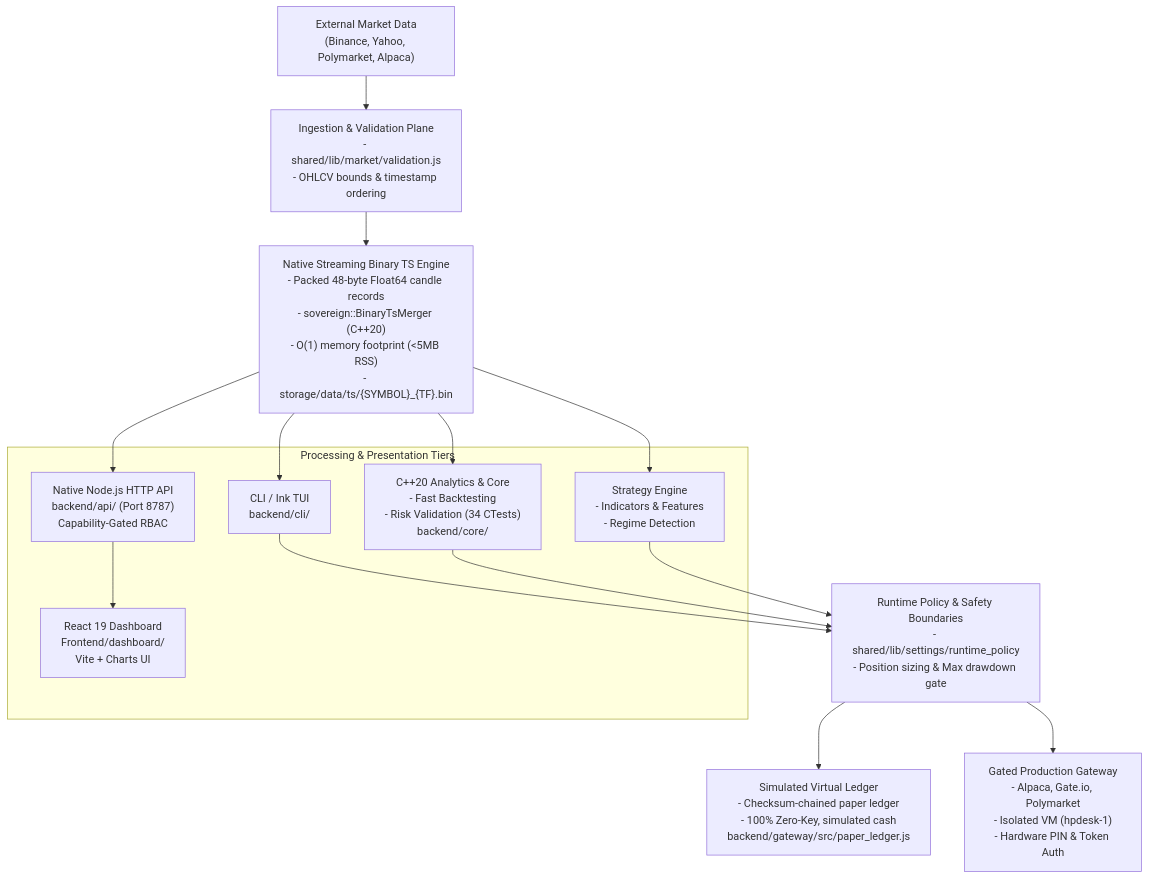
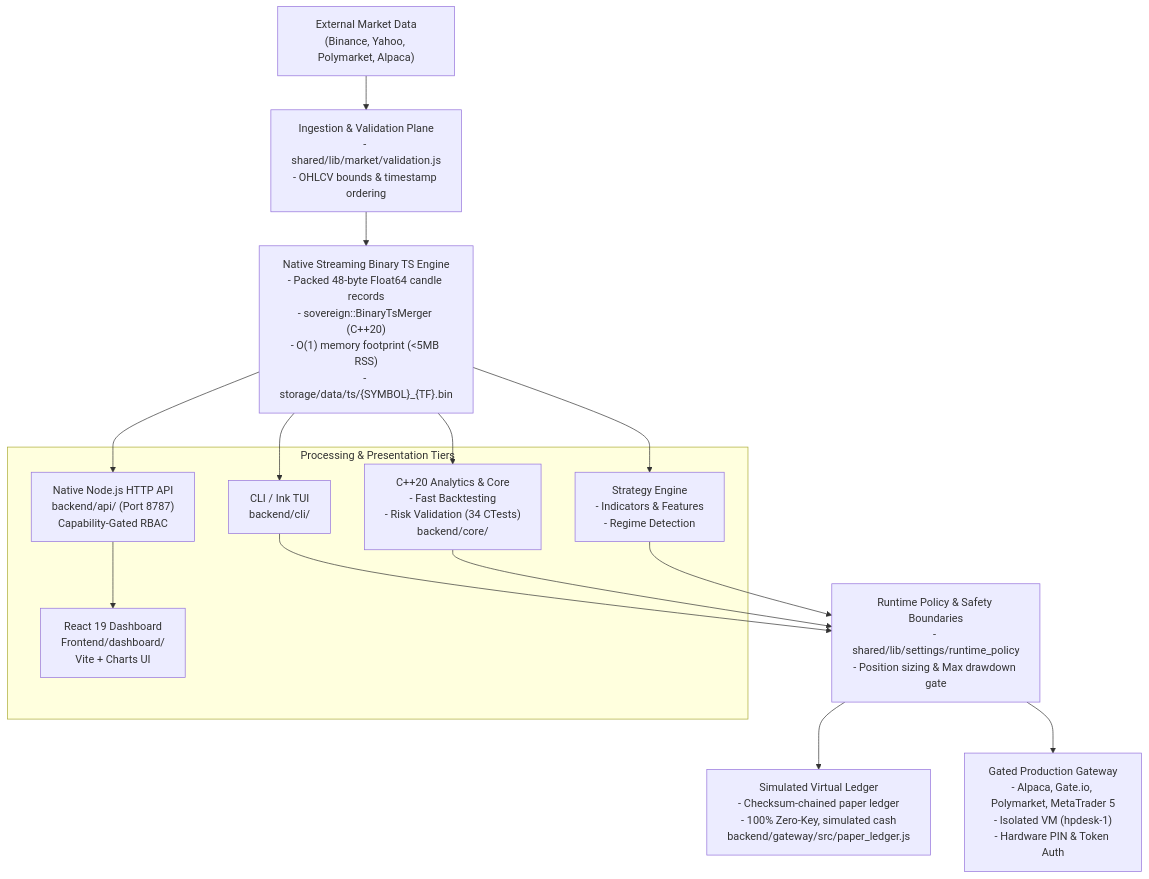
One commit to vgbn2/personal_finance_draft changed the diagram in README.md. Above: the diagram before and after it, drawn with Mermaid. The commit also changed other lines of this file and 16 other files, not shown here.

````diff
--- a/README.md
+++ b/README.md
@@ -11,34 +11,34 @@
 ```mermaid
 flowchart TD
     EXT["External Market Data<br/>(Binance, Yahoo, Polymarket, Alpaca)"]
     INGEST["Ingestion & Validation Plane<br/>- shared/lib/market/validation.js<br/>- OHLCV bounds & timestamp ordering"]
     TS["Native Streaming Binary TS Engine<br/>- Packed 48-byte Float64 candle records<br/>- sovereign::BinaryTsMerger (C++20)<br/>- O(1) memory footprint (<5MB RSS)<br/>- storage/data/ts/{SYMBOL}_{TF}.bin"]
 
     EXT --> INGEST
     INGEST --> TS
 
     subgraph CoreTiers["Processing & Presentation Tiers"]
         CLI["CLI / Ink TUI<br/>backend/cli/"]
         API["Native Node.js HTTP API<br/>backend/api/ (Port 8787)<br/>Capability-Gated RBAC"]
         DASH["React 19 Dashboard<br/>Frontend/dashboard/<br/>Vite + Charts UI"]
         CPP["C++20 Analytics & Core<br/>- Fast Backtesting<br/>- Risk Validation (34 CTests)<br/>backend/core/"]
         STRAT["Strategy Engine<br/>- Indicators & Features<br/>- Regime Detection"]
     end
 
     TS --> CLI
     TS --> API
     TS --> CPP
     TS --> STRAT
     API --> DASH
 
     POLICY["Runtime Policy & Safety Boundaries<br/>- shared/lib/settings/runtime_policy<br/>- Position sizing & Max drawdown gate"]
     CLI --> POLICY
     CPP --> POLICY
     STRAT --> POLICY
 
     PAPER["Simulated Virtual Ledger<br/>- Checksum-chained paper ledger<br/>- 100% Zero-Key, simulated cash<br/>backend/gateway/src/paper_ledger.js"]
-    GATEWAY["Gated Production Gateway<br/>- Alpaca, Gate.io, Polymarket<br/>- Isolated VM (hpdesk-1)<br/>- Hardware PIN & Token Auth"]
+    GATEWAY["Gated Production Gateway<br/>- Alpaca, Gate.io, Polymarket, MetaTrader 5<br/>- Isolated VM (hpdesk-1)<br/>- Hardware PIN & Token Auth"]
 
     POLICY --> PAPER
     POLICY --> GATEWAY
 ```
````
